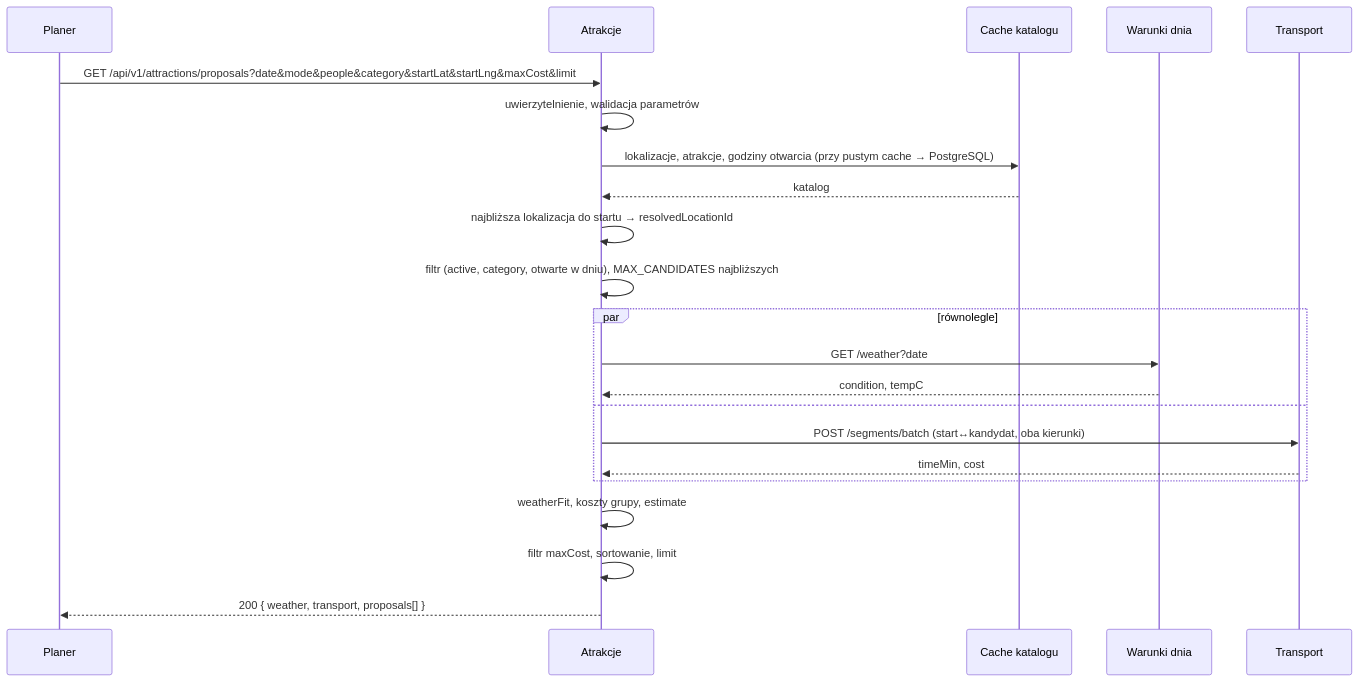
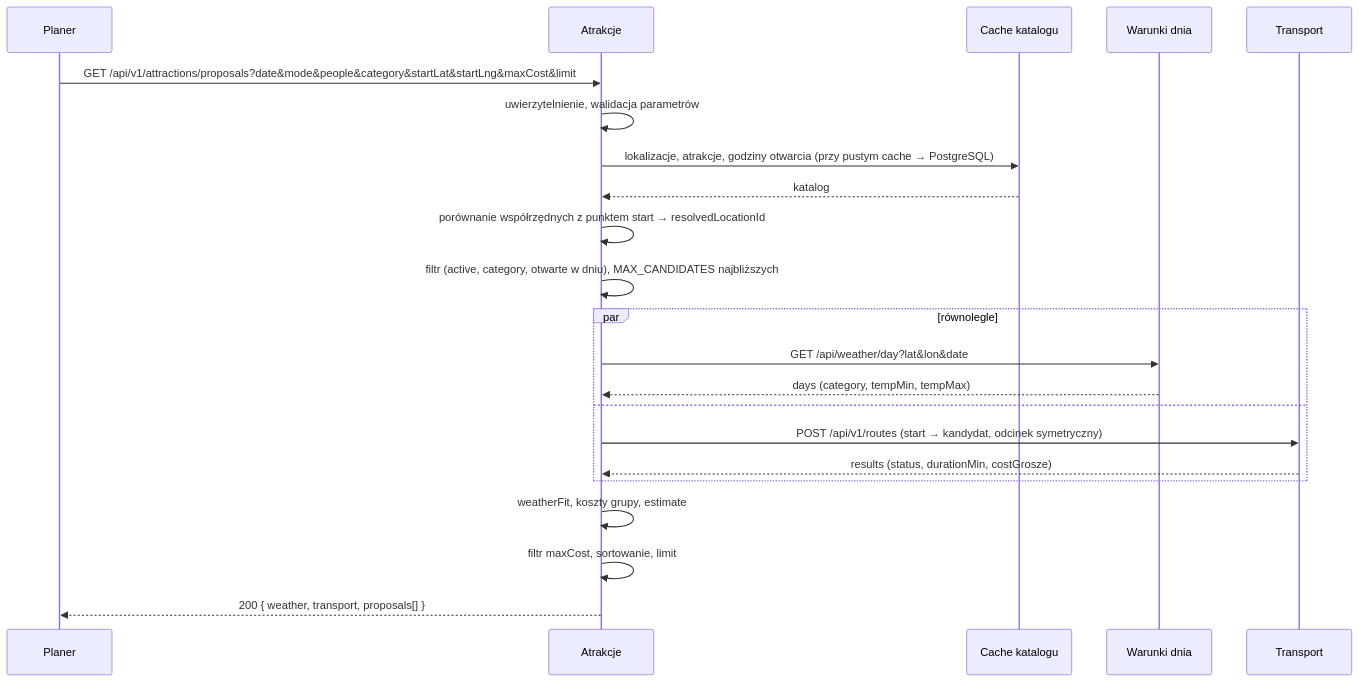
Before and after one commit to Wojtek7707/Atrakcje---Projektowanie-skalowalnych-system-w-obiektowych: the second of 4 diagrams in architecture.md, drawn with Mermaid. The commit also changed other lines of this file and 34 other files, not shown here.

````diff
--- a/architecture.md
+++ b/architecture.md
@@ -241,25 +257,25 @@
 ```mermaid
 sequenceDiagram
     participant P as Planer
     participant A as Atrakcje
     participant C as Cache katalogu
     participant W as Warunki dnia
     participant T as Transport
 
     P->>A: GET /api/v1/attractions/proposals?date&mode&people&category&startLat&startLng&maxCost&limit
     A->>A: uwierzytelnienie, walidacja parametrów
     A->>C: lokalizacje, atrakcje, godziny otwarcia (przy pustym cache → PostgreSQL)
     C-->>A: katalog
-    A->>A: najbliższa lokalizacja do startu → resolvedLocationId
+    A->>A: porównanie współrzędnych z punktem start → resolvedLocationId
     A->>A: filtr (active, category, otwarte w dniu), MAX_CANDIDATES najbliższych
     par równolegle
-        A->>W: GET /weather?date
-        W-->>A: condition, tempC
+        A->>W: GET /api/weather/day?lat&lon&date
+        W-->>A: days (category, tempMin, tempMax)
     and
-        A->>T: POST /segments/batch (start↔kandydat, oba kierunki)
-        T-->>A: timeMin, cost
+        A->>T: POST /api/v1/routes (start → kandydat, odcinek symetryczny)
+        T-->>A: results (status, durationMin, costGrosze)
     end
     A->>A: weatherFit, koszty grupy, estimate
     A->>A: filtr maxCost, sortowanie, limit
     A-->>P: 200 { weather, transport, proposals[] }
 ```
````
